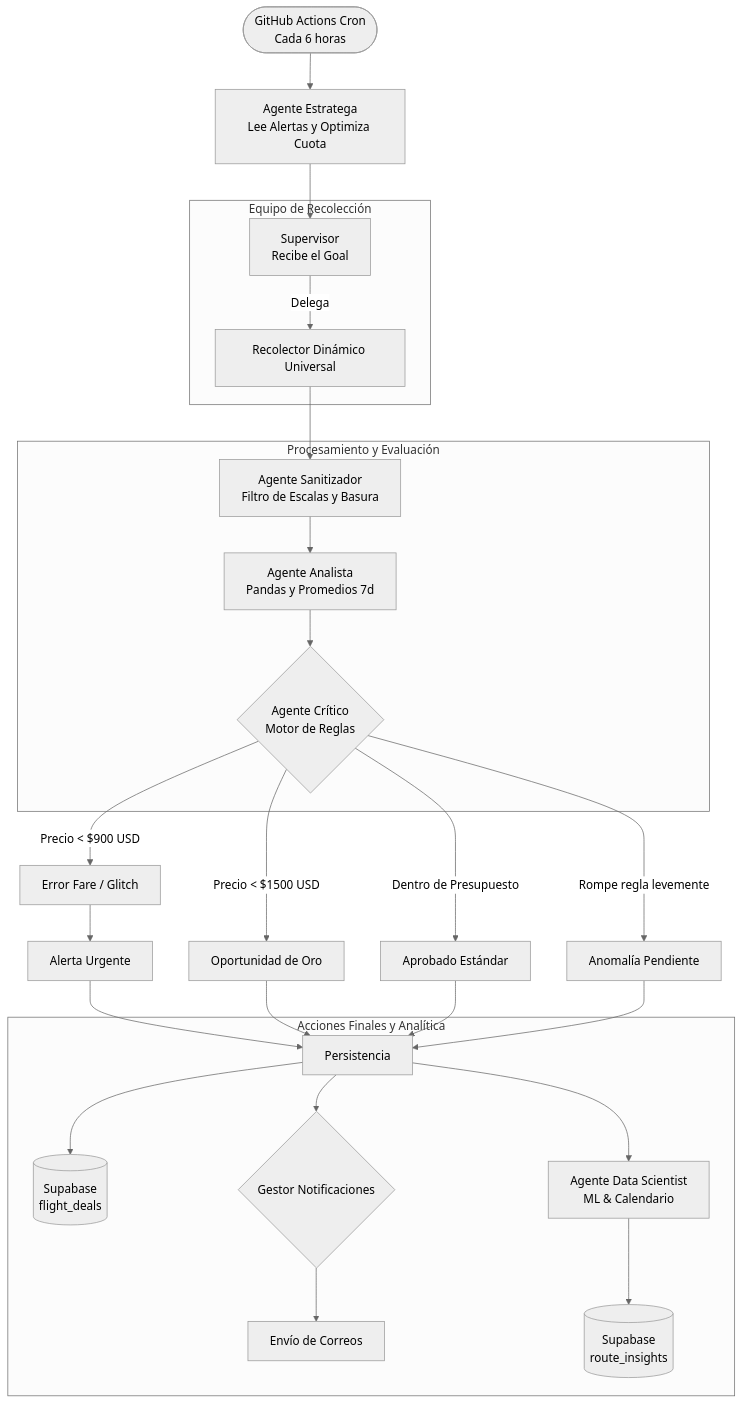
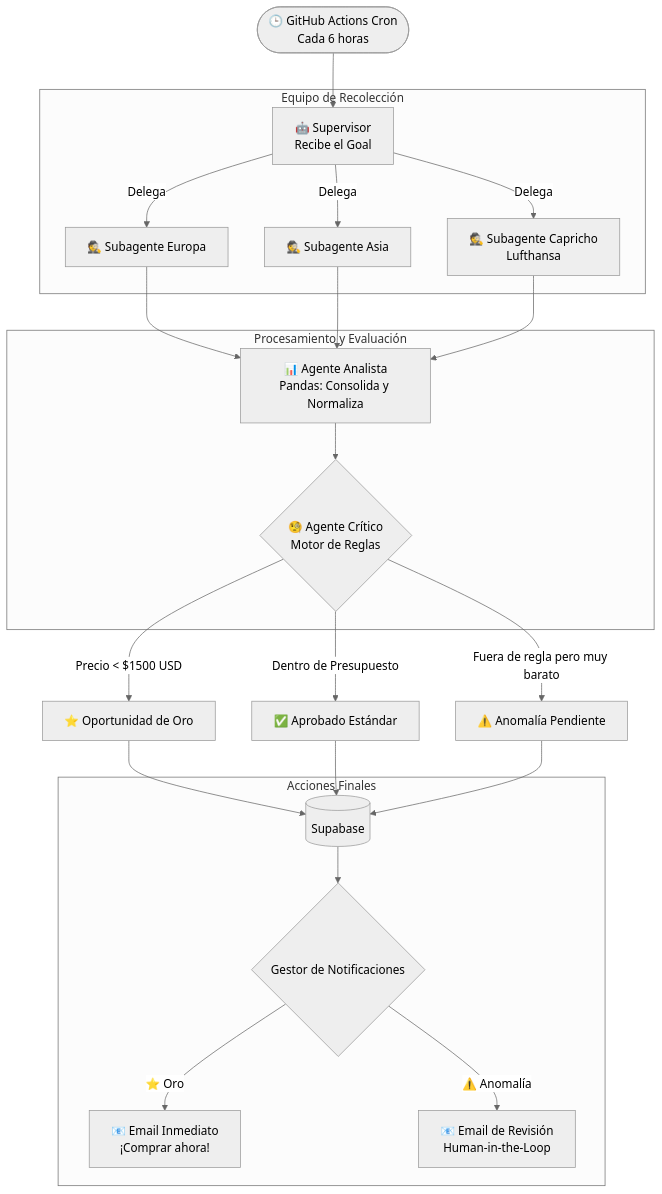
One commit to Bomastulacio/FLY-HUNTER changed the diagram in README.md. Above: the diagram before and after it, drawn with Mermaid (neutral theme). The commit also changed other lines of this file and 1 other file, not shown here.

````diff
--- a/README.md
+++ b/README.md
@@ -19,38 +17,33 @@
 ```mermaid
 graph TD
-    Trigger([GitHub Actions Cron<br>Cada 6 horas]) --> Estratega
-    
-    Estratega[Agente Estratega<br>Lee Alertas y Optimiza Cuota] --> Sup
+    Trigger([🕒 GitHub Actions Cron<br>Cada 6 horas]) --> Sup
     
     subgraph Equipo de Recolección
-        Sup[Supervisor<br>Recibe el Goal] -->|Delega| Recolector[Recolector Dinámico Universal]
+        Sup[🤖 Supervisor<br>Recibe el Goal] -->|Delega| AE[🕵️ Subagente Europa]
+        Sup -->|Delega| AA[🕵️ Subagente Asia]
+        Sup -->|Delega| AC[🕵️ Subagente Capricho<br>Lufthansa]
     end
 
-    Recolector --> Sanitizador
+    AE --> Analista
+    AA --> Analista
+    AC --> Analista
 
     subgraph Procesamiento y Evaluación
-        Sanitizador[Agente Sanitizador<br>Filtro de Escalas y Basura] --> Analista
-        Analista[Agente Analista<br>Pandas y Promedios 7d] --> Critico
-        Critico{Agente Crítico<br>Motor de Reglas}
+        Analista[📊 Agente Analista<br>Pandas: Consolida y Normaliza] --> Critico
+        Critico{🧐 Agente Crítico<br>Motor de Reglas}
     end
 
-    Critico -->|Precio < $900 USD| Glitch[Error Fare / Glitch]
-    Critico -->|Precio < $1500 USD| Oro[Oportunidad de Oro]
-    Critico -->|Dentro de Presupuesto| OK[Aprobado Estándar]
-    Critico -->|Rompe regla levemente| Anomalia[Anomalía Pendiente]
+    Critico -->|Precio < $1500 USD| Oro[⭐ Oportunidad de Oro]
+    Critico -->|Dentro de Presupuesto| OK[✅ Aprobado Estándar]
+    Critico -->|Fuera de regla pero muy barato| Anomalia[⚠️ Anomalía Pendiente]
 
-    Glitch --> NotifUrgente[Alerta Urgente]
-    NotifUrgente --> Persist
-    Oro --> Persist[Persistencia]
-    OK --> Persist
-    Anomalia --> Persist
+    Oro --> DB[(Supabase)]
+    OK --> DB
+    Anomalia --> DB
 
-    subgraph Acciones Finales y Analítica
-        Persist --> DB[(Supabase<br>flight_deals)]
-        Persist --> Notif{Gestor Notificaciones}
-        Notif --> Email[Envío de Correos]
-        
-        Persist --> DS[Agente Data Scientist<br>ML & Calendario]
-        DS --> DB2[(Supabase<br>route_insights)]
+    subgraph Acciones Finales
+        DB --> Notif{Gestor de Notificaciones}
+        Notif -->|⭐ Oro| Email1[📧 Email Inmediato<br>¡Comprar ahora!]
+        Notif -->|⚠️ Anomalía| Email2[📧 Email de Revisión<br>Human-in-the-Loop]
     end
 ```
````
